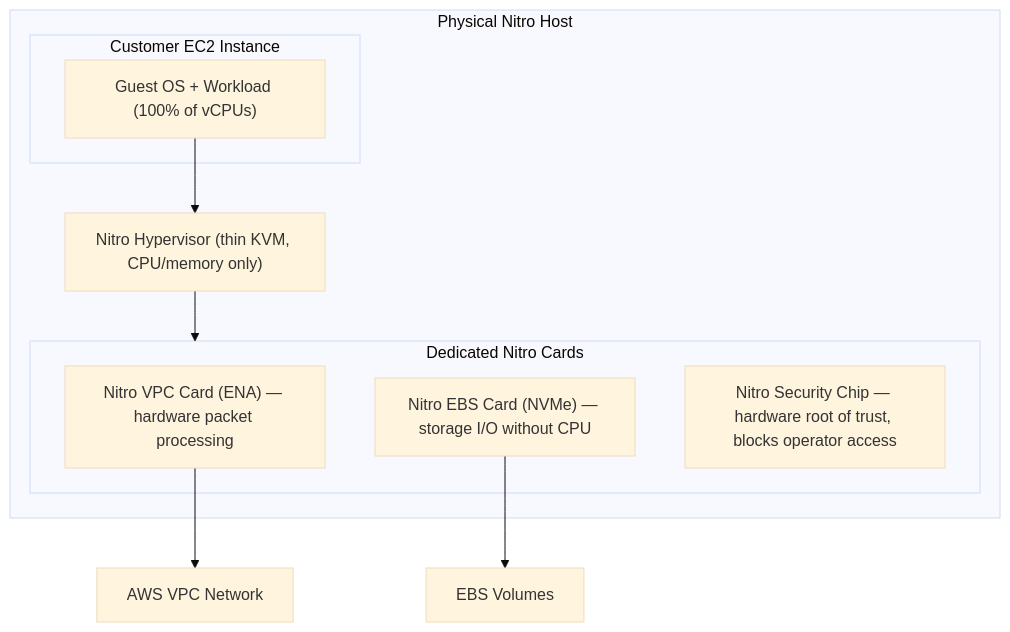
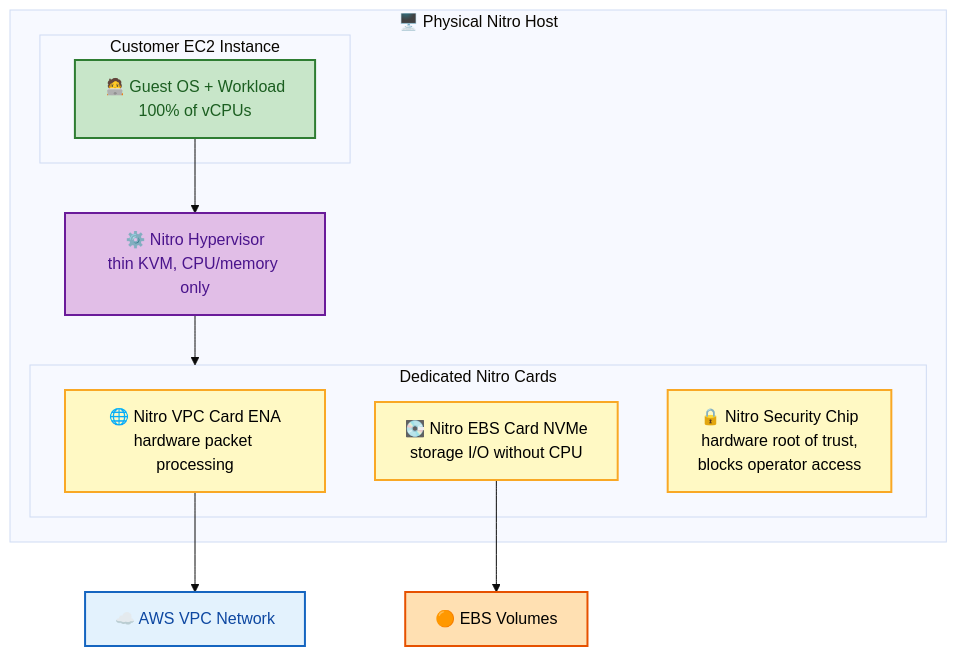
Before and after one commit to rakesh-budde/devops-guide: the fifth of 9 diagrams in aws/04-COMPUTE-STORAGE.md, drawn with Mermaid (base theme). The commit also changed other lines of this file and 73 other files, not shown here.

````diff
--- a/aws/04-COMPUTE-STORAGE.md
+++ b/aws/04-COMPUTE-STORAGE.md
@@ -99,18 +238,30 @@
 ```mermaid
 graph TB
-    subgraph NitroHost["Physical Nitro Host"]
+    subgraph NitroHost["🖥️ Physical Nitro Host"]
         subgraph Guest["Customer EC2 Instance"]
-            OS["Guest OS + Workload (100% of vCPUs)"]
+            OS["🧑‍💻 Guest OS + Workload<br/>100% of vCPUs"]
         end
-        NH["Nitro Hypervisor (thin KVM, CPU/memory only)"]
+        NH["⚙️ Nitro Hypervisor<br/>thin KVM, CPU/memory only"]
         subgraph Cards["Dedicated Nitro Cards"]
-            VPC["Nitro VPC Card (ENA) — hardware packet processing"]
-            EBS["Nitro EBS Card (NVMe) — storage I/O without CPU"]
-            Sec["Nitro Security Chip — hardware root of trust, blocks operator access"]
+            VPC["🌐 Nitro VPC Card ENA<br/>hardware packet processing"]
+            EBS["💽 Nitro EBS Card NVMe<br/>storage I/O without CPU"]
+            Sec["🔒 Nitro Security Chip<br/>hardware root of trust,<br/>blocks operator access"]
         end
     end
     OS --> NH
     NH --> Cards
-    VPC --> Network["AWS VPC Network"]
-    EBS --> Storage["EBS Volumes"]
+    VPC --> Network["☁️ AWS VPC Network"]
+    EBS --> Storage["🟠 EBS Volumes"]
+
+    class OS good
+    class NH ctrl
+    class VPC,EBS,Sec proc
+    class Network start
+    class Storage store
+    classDef start fill:#e3f2fd,stroke:#1565c0,color:#0d47a1,stroke-width:2px;
+    classDef proc fill:#fff9c4,stroke:#f9a825,color:#000,stroke-width:2px;
+    classDef good fill:#c8e6c9,stroke:#2e7d32,color:#1b5e20,stroke-width:2px;
+    classDef bad fill:#ffcdd2,stroke:#c62828,color:#b71c1c,stroke-width:2px;
+    classDef ctrl fill:#e1bee7,stroke:#6a1b9a,color:#4a148c,stroke-width:2px;
+    classDef store fill:#ffe0b2,stroke:#e65100,color:#000,stroke-width:2px;
 ```
````
